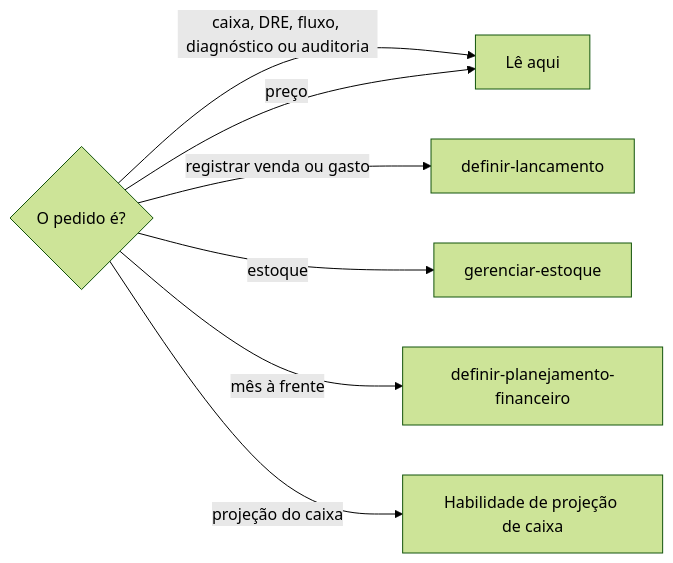
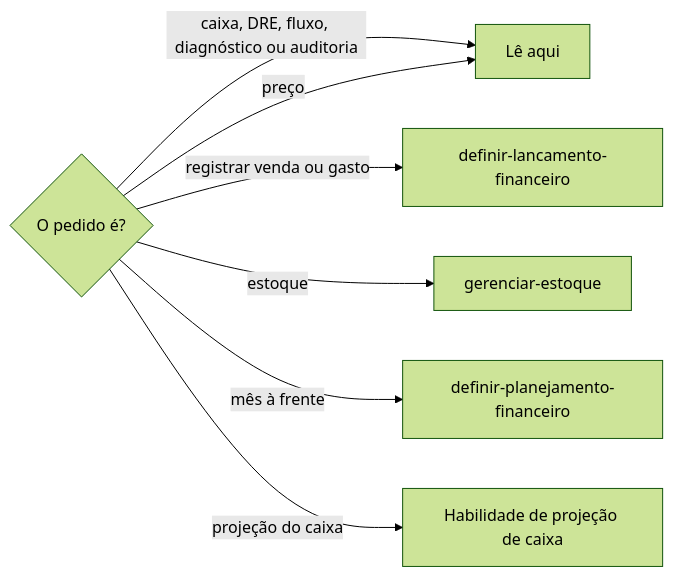
One commit to jimmyandrade/harness changed the first of 2 diagrams in .agents/skills/revisar-financas/SKILL.md. Above: the diagram before and after it, drawn with Mermaid (forest theme). The commit also changed other lines of this file and 10 other files, not shown here.

First line of the commit message:
refactor(definir-lancamento-financeiro): rename to clarify financial entries (#700)

````diff
--- a/.agents/skills/revisar-financas/SKILL.md
+++ b/.agents/skills/revisar-financas/SKILL.md
@@ -43,9 +43,9 @@
 ```mermaid
 flowchart LR
   Q{O pedido é?} -->|caixa, DRE, fluxo, diagnóstico ou auditoria| A[Lê aqui]
   Q -->|preço| A
-  Q -->|registrar venda ou gasto| L[definir-lancamento]
+  Q -->|registrar venda ou gasto| L[definir-lancamento-financeiro]
   Q -->|estoque| E[gerenciar-estoque]
   Q -->|mês à frente| P[definir-planejamento-financeiro]
   Q -->|projeção do caixa| C[Habilidade de projeção de caixa]
 ```
````
